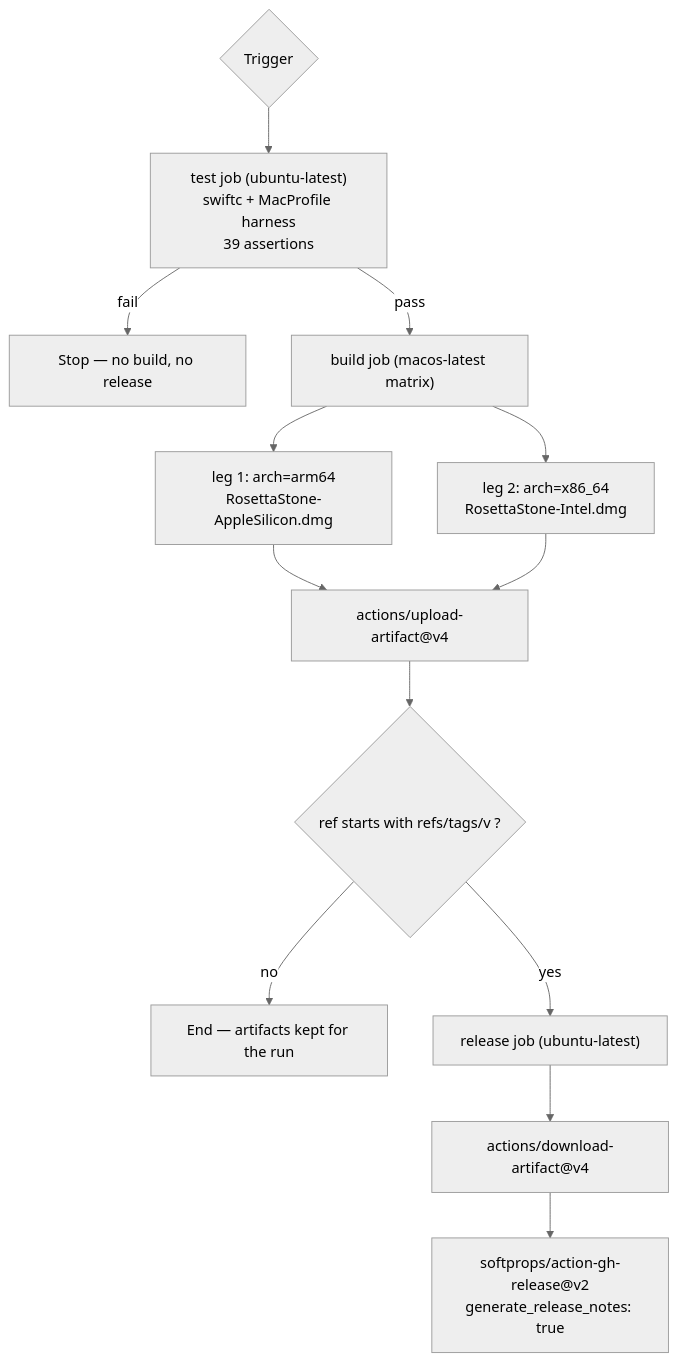
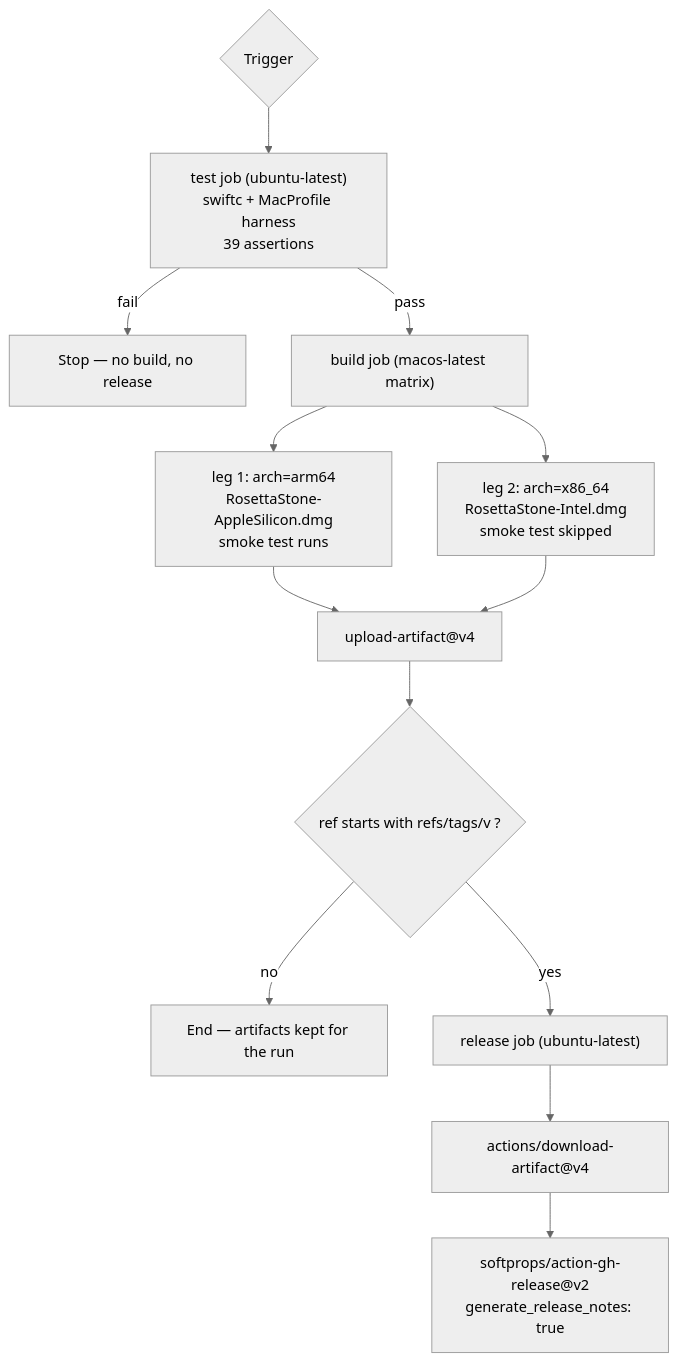
One commit to pppoipoit/Rosetta_Stone changed the diagram in docs/CI-CD.md. Above: the diagram before and after it, drawn with Mermaid (neutral theme). The commit also changed other lines of this file and 7 other files, not shown here.

````diff
--- a/docs/CI-CD.md
+++ b/docs/CI-CD.md
@@ -22,15 +22,15 @@
 ```mermaid
 flowchart TD
     A{"Trigger"} --> T["test job (ubuntu-latest)<br/>swiftc + MacProfile harness<br/>39 assertions"]
     T -- fail --> X["Stop — no build, no release"]
     T -- pass --> B["build job (macos-latest matrix)"]
-    B --> C1["leg 1: arch=arm64<br/>RosettaStone-AppleSilicon.dmg"]
-    B --> C2["leg 2: arch=x86_64<br/>RosettaStone-Intel.dmg"]
-    C1 --> D["actions/upload-artifact@v4"]
+    B --> C1["leg 1: arch=arm64<br/>RosettaStone-AppleSilicon.dmg<br/>smoke test runs"]
+    B --> C2["leg 2: arch=x86_64<br/>RosettaStone-Intel.dmg<br/>smoke test skipped"]
+    C1 --> D["upload-artifact@v4"]
     C2 --> D
     D --> E{"ref starts with refs/tags/v ?"}
     E -- no --> F["End — artifacts kept for the run"]
     E -- yes --> G["release job (ubuntu-latest)"]
     G --> H["actions/download-artifact@v4"]
     H --> I["softprops/action-gh-release@v2<br/>generate_release_notes: true"]
 ```
````
